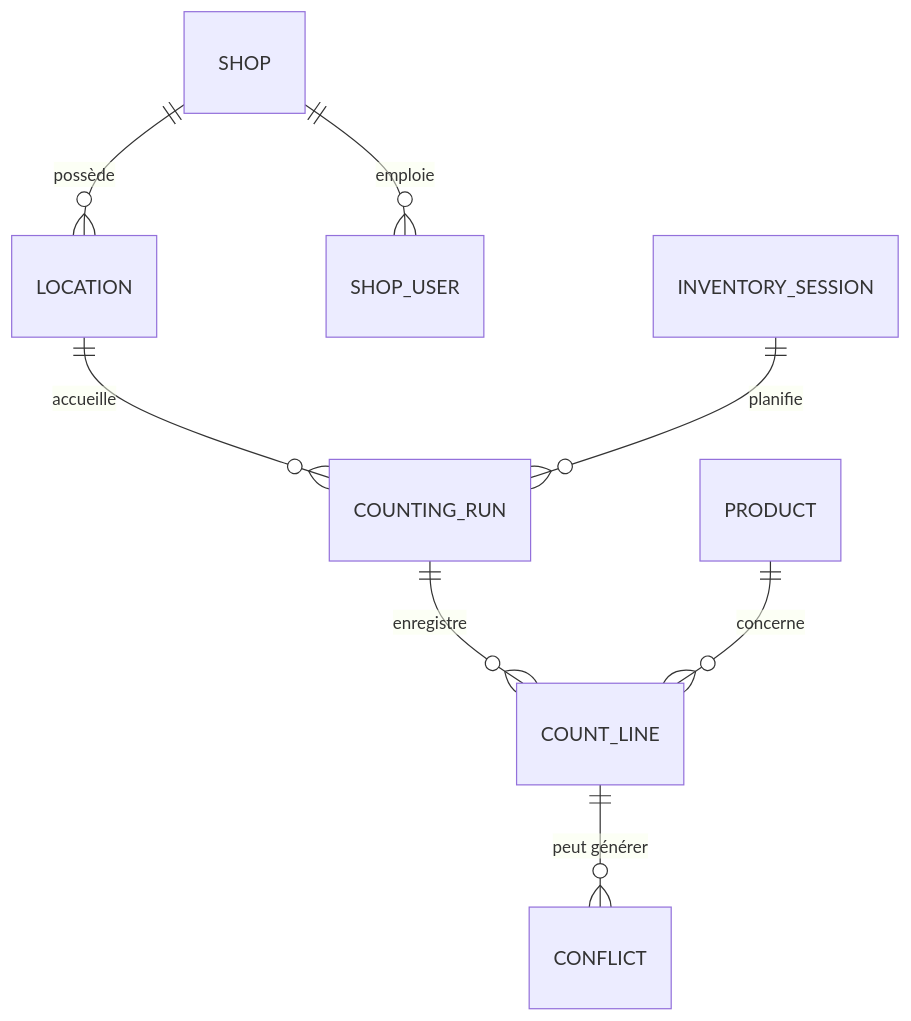
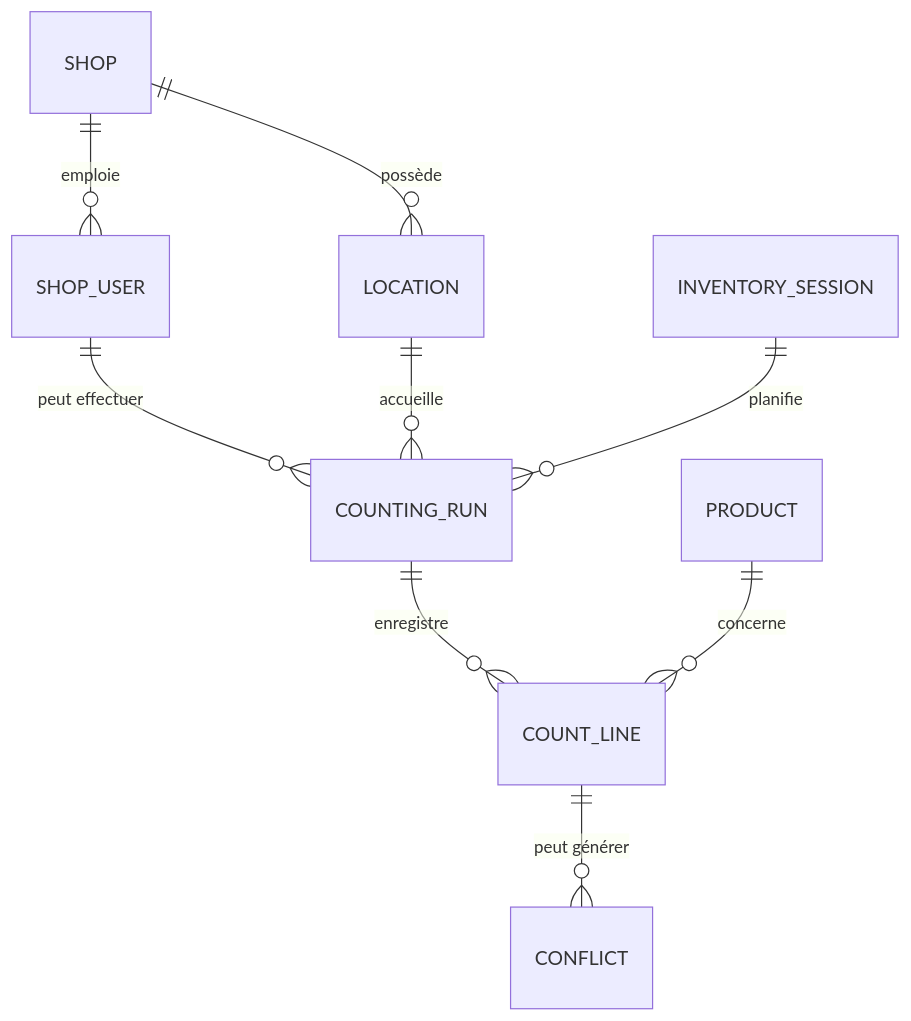
Before and after one commit to TSF-IT/CineBoutique-Inventaire: the first of 2 diagrams in docs/database/README.md, drawn with Mermaid. The commit also changed other lines of this file and 3 other files, not shown here.

Commit message:
feat(infra): add counting run owner user relation

````diff
--- a/docs/database/README.md
+++ b/docs/database/README.md
@@ -7,10 +7,11 @@
 ```mermaid
 erDiagram
     SHOP ||--o{ LOCATION : "possède"
     SHOP ||--o{ SHOP_USER : "emploie"
+    SHOP_USER ||--o{ COUNTING_RUN : "peut effectuer"
     LOCATION ||--o{ COUNTING_RUN : "accueille"
     INVENTORY_SESSION ||--o{ COUNTING_RUN : "planifie"
     COUNTING_RUN ||--o{ COUNT_LINE : "enregistre"
     PRODUCT ||--o{ COUNT_LINE : "concerne"
     COUNT_LINE ||--o{ CONFLICT : "peut générer"
 ```
````
